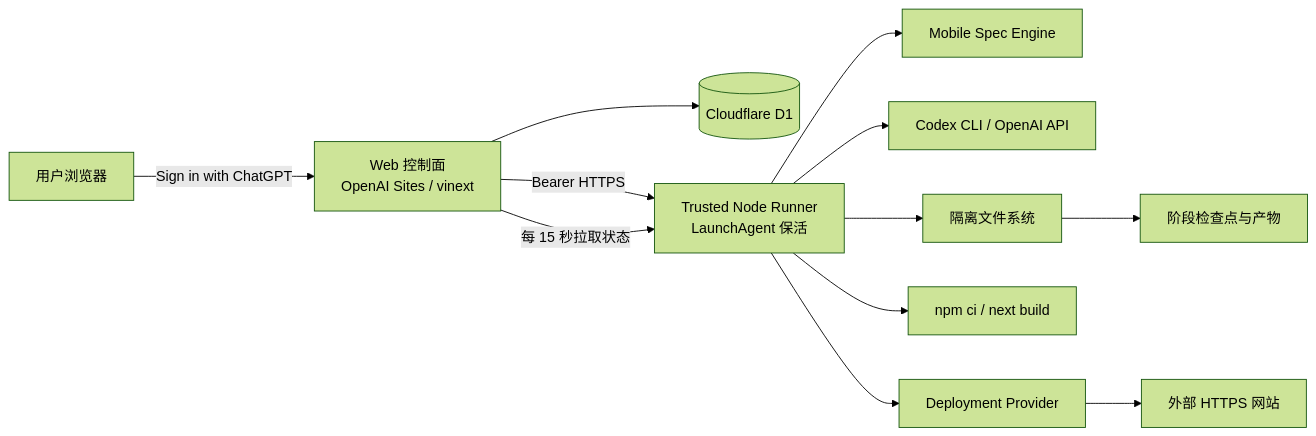
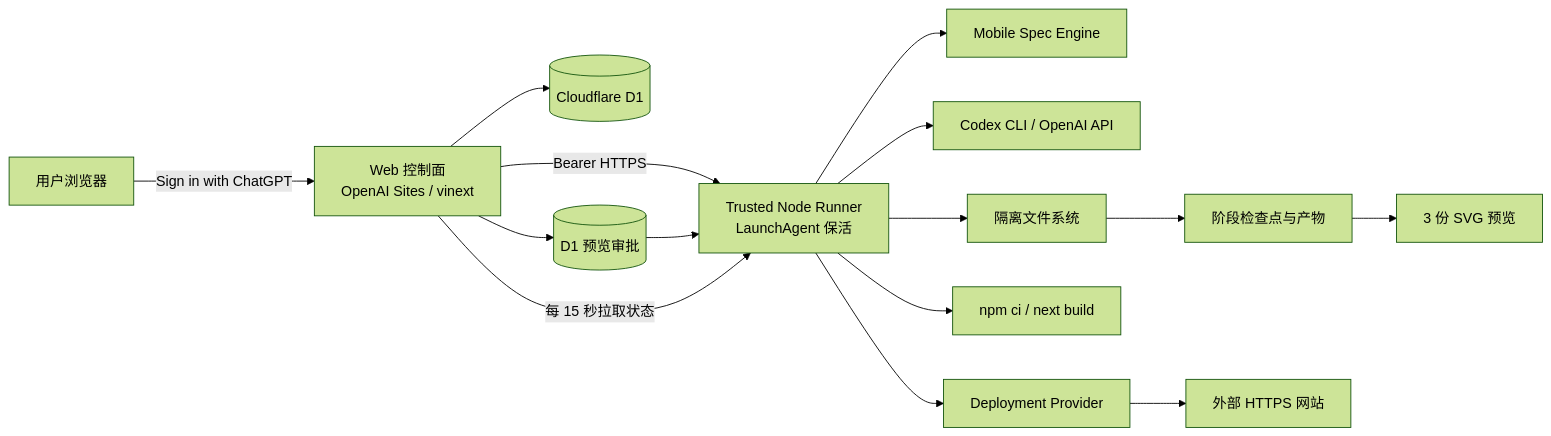
The second of 3 diagrams in docs/SiteForge AI 项目介绍.md (JonasQiu/mobile-app-build), drawn with Mermaid (forest theme) before and after one commit. The commit also changed other lines of this file and 37 other files, not shown here.

````diff
--- a/docs/SiteForge AI 项目介绍.md
+++ b/docs/SiteForge AI 项目介绍.md
@@ -111,14 +115,17 @@
 ```mermaid
 flowchart LR
   U[用户浏览器] -->|Sign in with ChatGPT| W[Web 控制面<br/>OpenAI Sites / vinext]
   W --> D[(Cloudflare D1)]
   W -->|Bearer HTTPS| R[Trusted Node Runner<br/>LaunchAgent 保活]
   R --> M[Mobile Spec Engine]
   R --> C[Codex CLI / OpenAI API]
   R --> F[隔离文件系统]
   F --> K[阶段检查点与产物]
+  K --> V[3 份 SVG 预览]
+  W --> A[(D1 预览审批)]
+  A --> R
   R --> B[npm ci / next build]
   R --> P[Deployment Provider]
   P --> H[外部 HTTPS 网站]
   W -->|每 15 秒拉取状态| R
 ```
````
